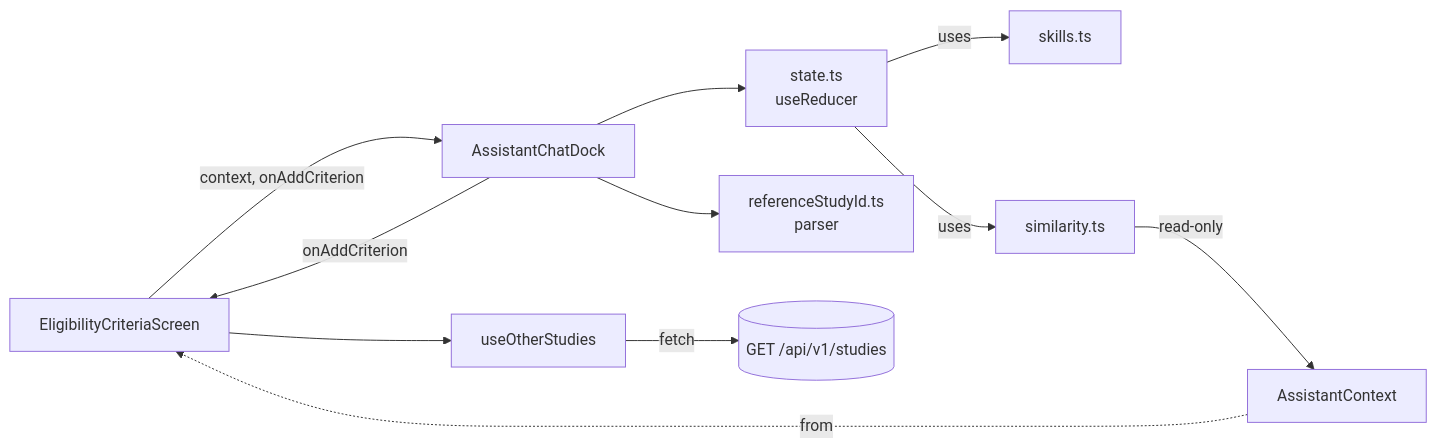
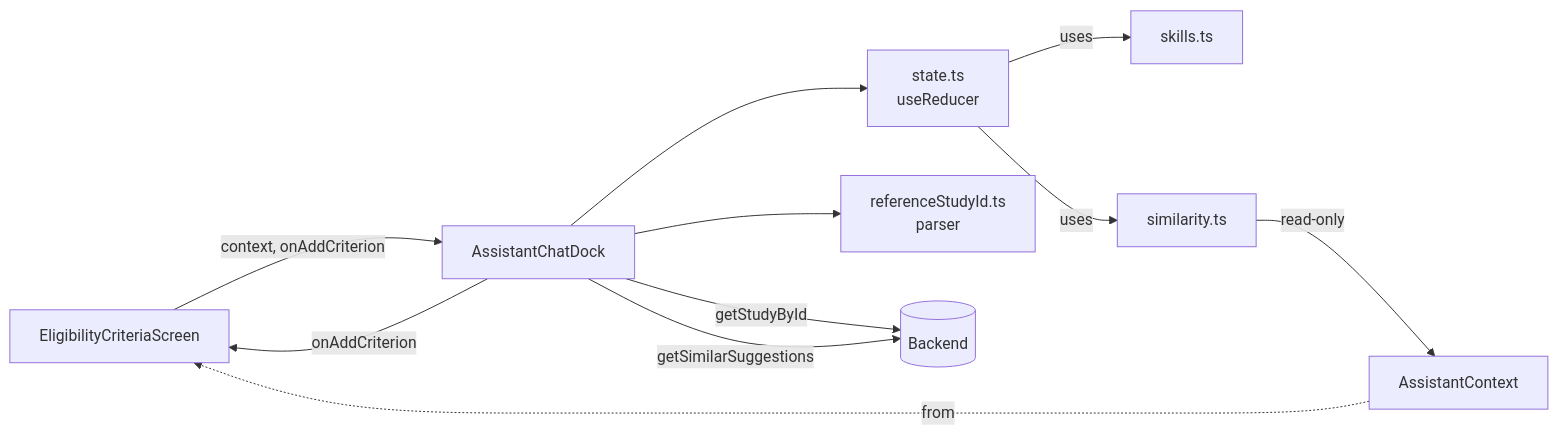
One commit to mathiasfk/clinical-trials-hub changed the sixth of 6 diagrams in docs/frontend-architecture.md. Above: the diagram before and after it, drawn with Mermaid. The commit also changed other lines of this file and 9 other files, not shown here.

````diff
--- a/docs/frontend-architecture.md
+++ b/docs/frontend-architecture.md
@@ -493,16 +491,16 @@
 ```mermaid
 flowchart LR
     ELI[EligibilityCriteriaScreen] -->|context, onAddCriterion| ACD[AssistantChatDock]
 
     ACD --> R[state.ts\nuseReducer]
     ACD --> RSID[referenceStudyId.ts\nparser]
     R -->|uses| SK[skills.ts]
     R -->|uses| SIM[similarity.ts]
     SIM -->|read-only| CTX[AssistantContext]
     CTX -.from.-> ELI
 
-    ELI --> UOS[useOtherStudies]
-    UOS -->|fetch| API[(GET /api/v1/studies)]
+    ACD -->|getStudyById| API[(Backend)]
+    ACD -->|getSimilarSuggestions| API
 
     ACD -->|onAddCriterion| ELI
 ```
````
